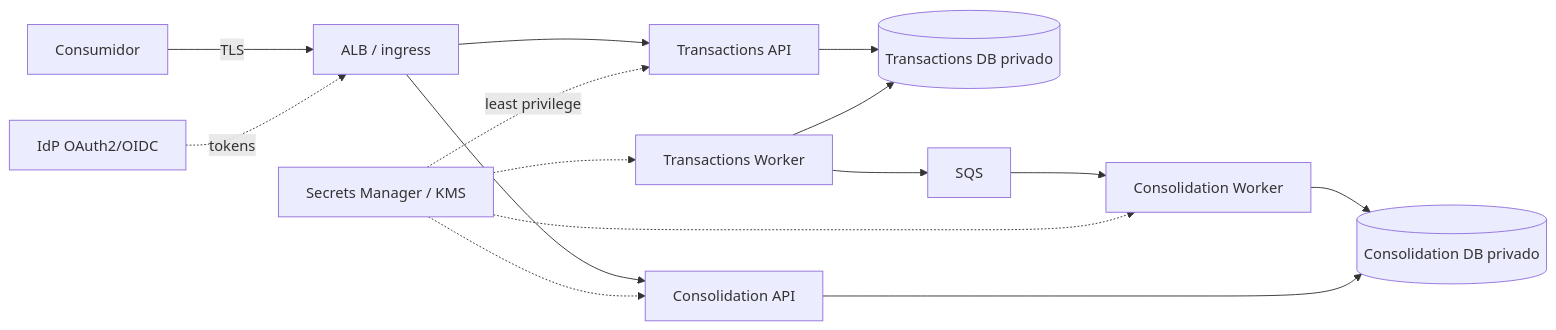
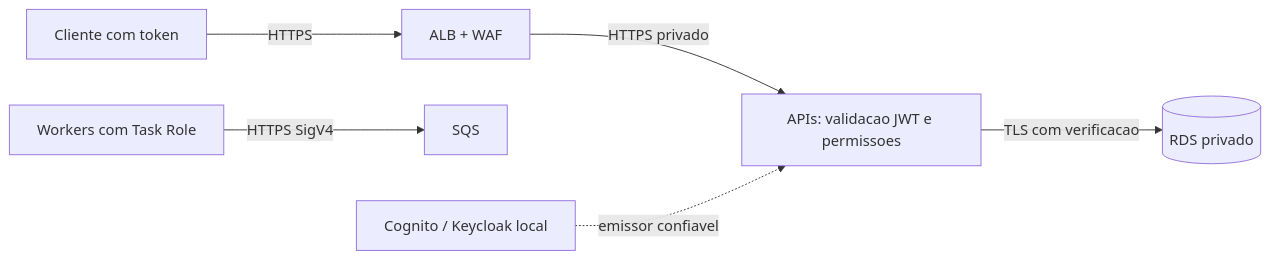
One commit to ThiagoFerraciolli/cash-flow-architecture changed the diagram in docs/04-visoes/seguranca-resiliencia-observabilidade.md. Above: the diagram before and after it, drawn with Mermaid. The commit also changed other lines of this file and 37 other files, not shown here.

````diff
--- a/docs/04-visoes/seguranca-resiliencia-observabilidade.md
+++ b/docs/04-visoes/seguranca-resiliencia-observabilidade.md
@@ -13,17 +15,8 @@
 ```mermaid
 flowchart LR
-    U[Consumidor] -->|TLS| ALB[ALB / ingress]
-    ALB --> TA[Transactions API]
-    ALB --> CA[Consolidation API]
-    IDP[IdP OAuth2/OIDC] -. tokens .-> ALB
-    TA --> TDB[(Transactions DB privado)]
-    TW[Transactions Worker] --> TDB
-    TW --> Q[SQS]
-    Q --> CW[Consolidation Worker]
-    CW --> CDB[(Consolidation DB privado)]
-    CA --> CDB
-    SEC[Secrets Manager / KMS] -. least privilege .-> TA
-    SEC -.-> TW
-    SEC -.-> CA
-    SEC -.-> CW
+    C[Cliente com token] -->|HTTPS| A[ALB + WAF]
+    A -->|HTTPS privado| API[APIs: validacao JWT e permissoes]
+    API -->|TLS com verificacao| DB[(RDS privado)]
+    W[Workers com Task Role] -->|HTTPS SigV4| Q[SQS]
+    I[Cognito / Keycloak local] -. emissor confiavel .-> API
 ```
````
